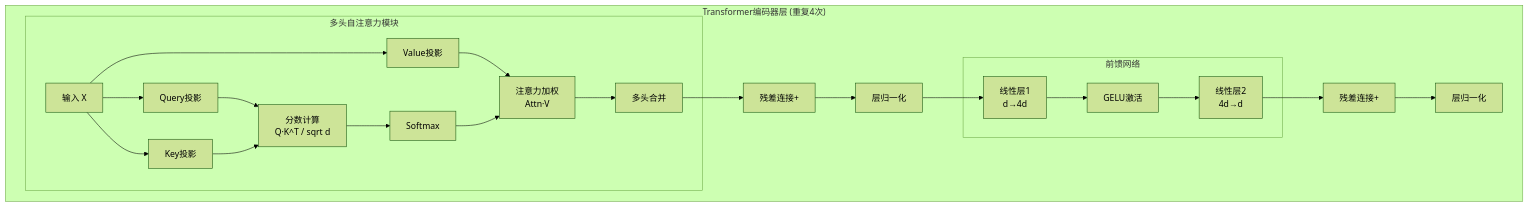
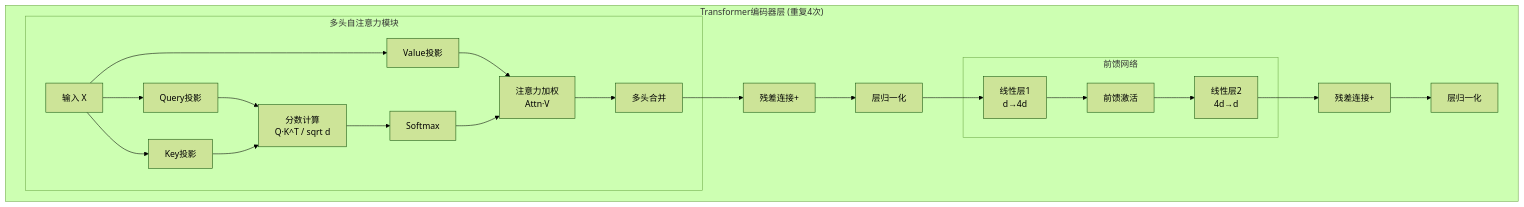
One commit to daivy2333/5G_AI_Communication changed the fourth of 14 diagrams in docs/ALGORITHMS.md. Above: the diagram before and after it, drawn with Mermaid (forest theme). The commit also changed other lines of this file and 5 other files, not shown here.

````diff
--- a/docs/ALGORITHMS.md
+++ b/docs/ALGORITHMS.md
@@ -120,33 +120,33 @@
 ```mermaid
 flowchart TB
     subgraph TransformerBlock["Transformer编码器层 (重复4次)"]
         subgraph AttentionBlock["多头自注意力模块"]
             A1[输入 X]
             A2[Query投影]
             A3[Key投影]
             A4[Value投影]
             A5[分数计算<br/>Q·K^T / sqrt d]
             A6[Softmax]
             A7[注意力加权<br/>Attn·V]
             A8[多头合并]
         end
         
         subgraph FFNBlock["前馈网络"]
             F1[线性层1<br/>d→4d]
-            F2[GELU激活]
+            F2[前馈激活]
             F3[线性层2<br/>4d→d]
         end
         
         A1 --> A2 --> A5
         A1 --> A3 --> A5
         A1 --> A4 --> A7
         A5 --> A6 --> A7 --> A8
         
         A8 --> Add1[残差连接+]
         Add1 --> LN1[层归一化]
         
         LN1 --> F1 --> F2 --> F3
         F3 --> Add2[残差连接+]
         Add2 --> LN2[层归一化]
     end
 ```
````
